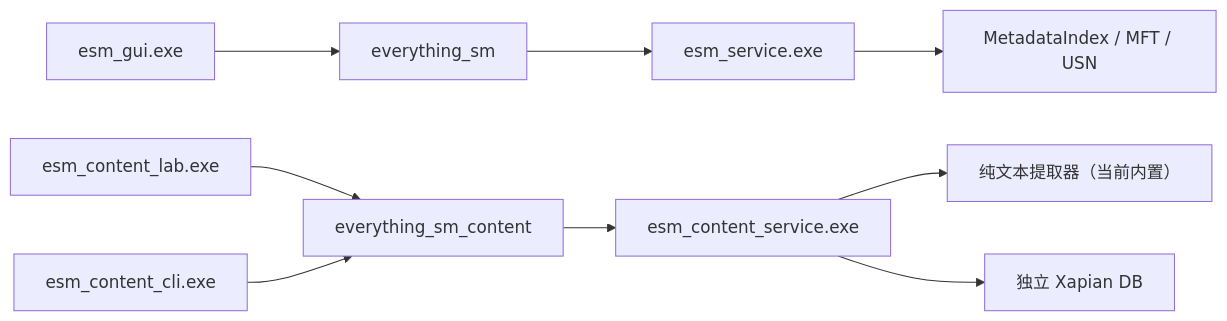
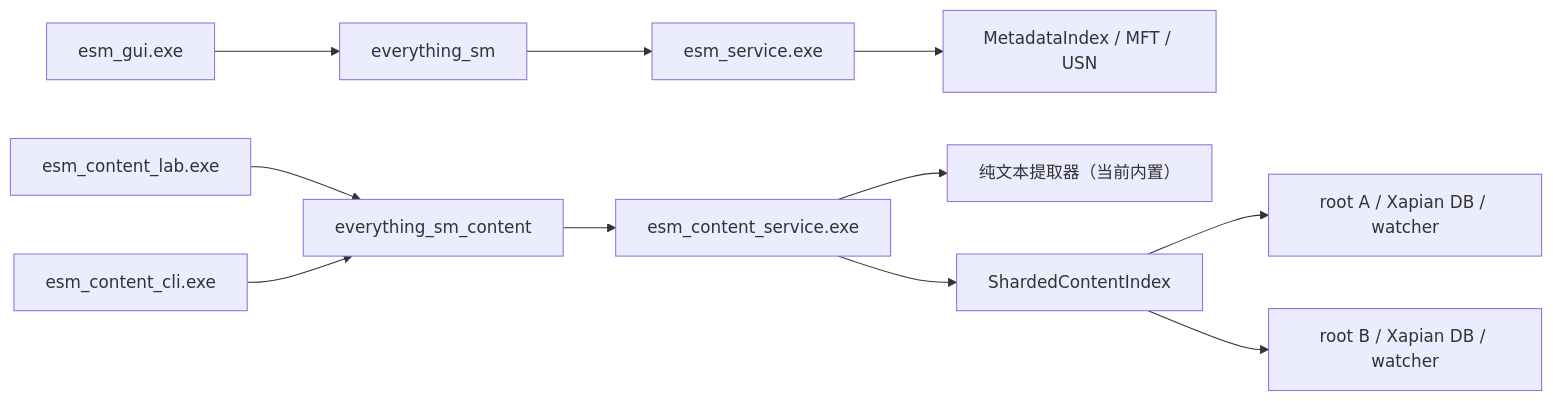
Before and after one commit to sunfengsheng/esm: the fourth of 4 diagrams in docs/ARCHITECTURE.md, drawn with Mermaid. The commit also changed other lines of this file and 16 other files, not shown here.

````diff
--- a/docs/ARCHITECTURE.md
+++ b/docs/ARCHITECTURE.md
@@ -256,12 +256,14 @@
 ```mermaid
 flowchart LR
     GUI["esm_gui.exe"] --> NamePipe["everything_sm"]
     NamePipe --> Service["esm_service.exe"]
     Service --> Metadata["MetadataIndex / MFT / USN"]
 
     Lab["esm_content_lab.exe"] --> ContentPipe["everything_sm_content"]
     ContentCLI["esm_content_cli.exe"] --> ContentPipe
     ContentPipe --> ContentService["esm_content_service.exe"]
     ContentService --> Extract["纯文本提取器（当前内置）"]
-    ContentService --> Xapian["独立 Xapian DB"]
+    ContentService --> Shards["ShardedContentIndex"]
+    Shards --> RootA["root A / Xapian DB / watcher"]
+    Shards --> RootB["root B / Xapian DB / watcher"]
 ```
````
